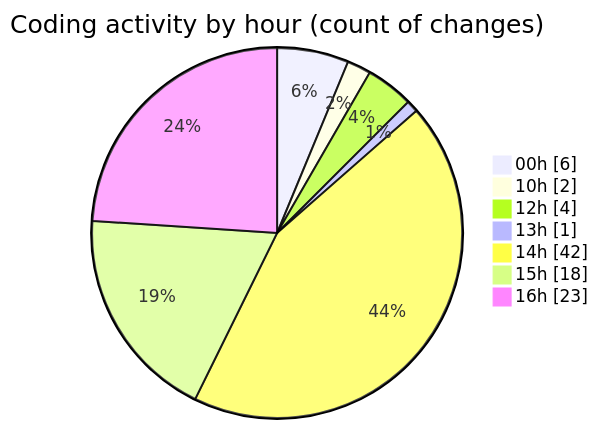
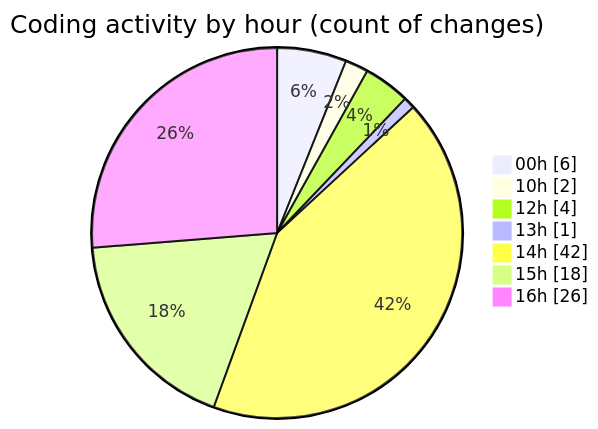
Before and after one commit to nxtqubesakshisongat/code-tracking: the second of 2 diagrams in 2025-06-04/nxtqube_webapp/README.md, drawn with Mermaid. The commit also changed other lines of this file and 1 other file, not shown here.

````diff
--- a/2025-06-04/nxtqube_webapp/README.md
+++ b/2025-06-04/nxtqube_webapp/README.md
@@ -35,11 +35,11 @@
 ```mermaid
 pie showData
 title Coding activity by hour (count of changes)
 "00h" : 6
 "10h" : 2
 "12h" : 4
 "13h" : 1
 "14h" : 42
 "15h" : 18
-"16h" : 23
+"16h" : 26
 ```
````
